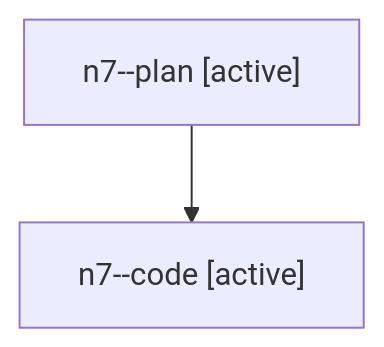
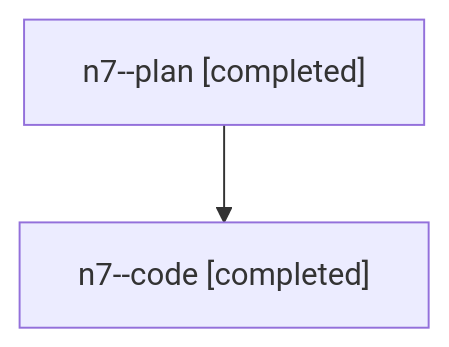
The diagram in families/bbugyi200.athena.n7.md (sase-org/sase--agents), drawn with Mermaid before and after one commit. The commit also changed other lines of this file and 1002 other files, not shown here.

````diff
--- a/families/bbugyi200.athena.n7.md
+++ b/families/bbugyi200.athena.n7.md
@@ -9,6 +9,6 @@
 ```mermaid
 flowchart TD
-  n0["n7--plan [active]"]
-  n1["n7--code [active]"]
+  n0["n7--plan [completed]"]
+  n1["n7--code [completed]"]
   n0 --> n1
 ```
````
